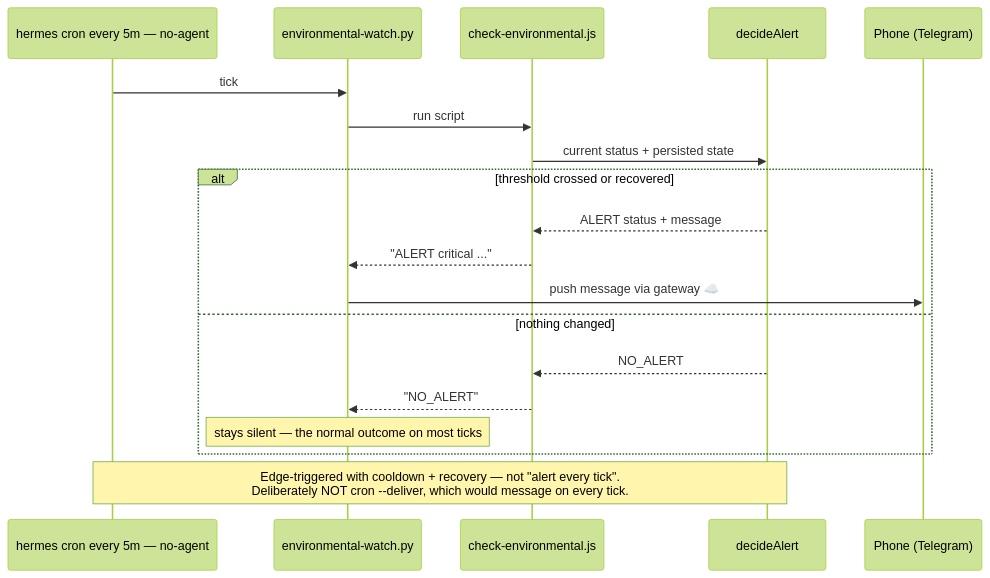
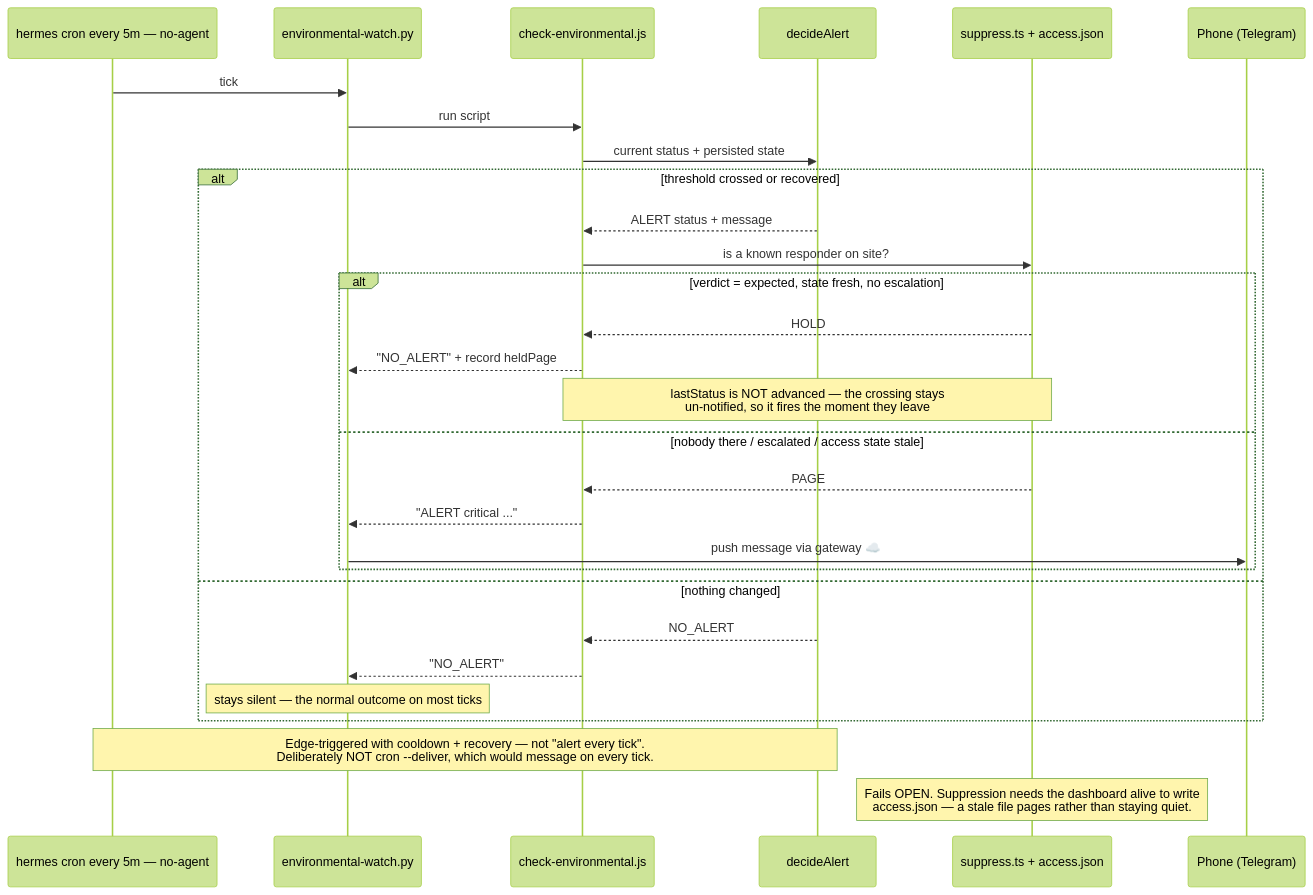
The third of 4 diagrams in docs/ARCHITECTURE.md (aryanil89/SMH-Hermes), drawn with Mermaid (forest theme) before and after one commit. The commit also changed other lines of this file and 57 other files, not shown here.

````diff
--- a/docs/ARCHITECTURE.md
+++ b/docs/ARCHITECTURE.md
@@ -111,22 +111,32 @@
 ```mermaid
 sequenceDiagram
     participant C as hermes cron every 5m — no-agent
     participant S as environmental-watch.py
     participant K as check-environmental.js
     participant D as decideAlert
+    participant A as suppress.ts + access.json
     participant P as Phone (Telegram)
 
     C->>S: tick
     S->>K: run script
     K->>D: current status + persisted state
     alt threshold crossed or recovered
         D-->>K: ALERT status + message
-        K-->>S: "ALERT critical ..."
-        S->>P: push message via gateway  ☁️
+        K->>A: is a known responder on site?
+        alt verdict = expected, state fresh, no escalation
+            A-->>K: HOLD
+            K-->>S: "NO_ALERT" + record heldPage
+            Note over K,A: lastStatus is NOT advanced — the crossing stays<br/>un-notified, so it fires the moment they leave
+        else nobody there / escalated / access state stale
+            A-->>K: PAGE
+            K-->>S: "ALERT critical ..."
+            S->>P: push message via gateway  ☁️
+        end
     else nothing changed
         D-->>K: NO_ALERT
         K-->>S: "NO_ALERT"
         Note over S: stays silent — the normal outcome on most ticks
     end
     Note over C,D: Edge-triggered with cooldown + recovery — not "alert every tick".<br/>Deliberately NOT cron --deliver, which would message on every tick.
+    Note over A: Fails OPEN. Suppression needs the dashboard alive to write<br/>access.json — a stale file pages rather than staying quiet.
 ```
````
